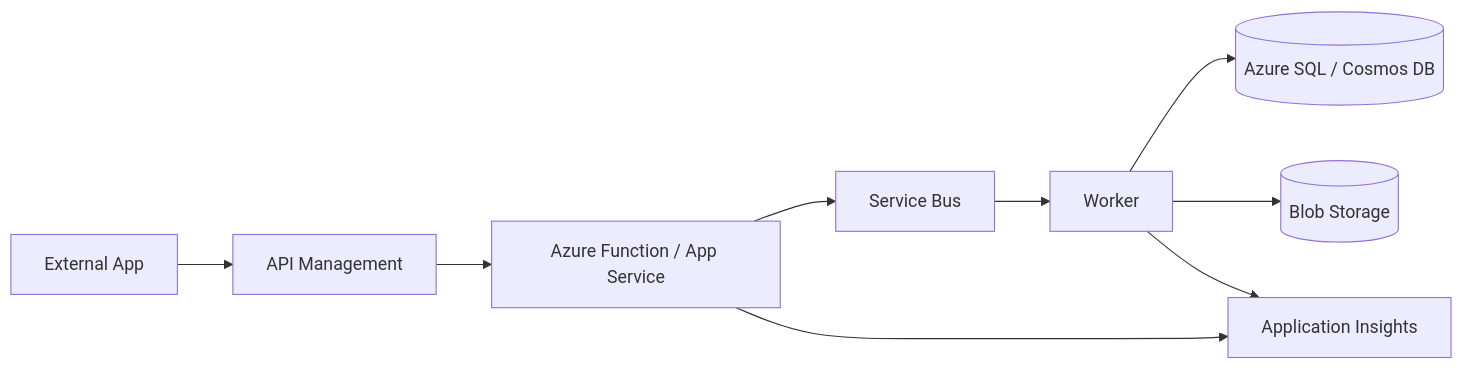
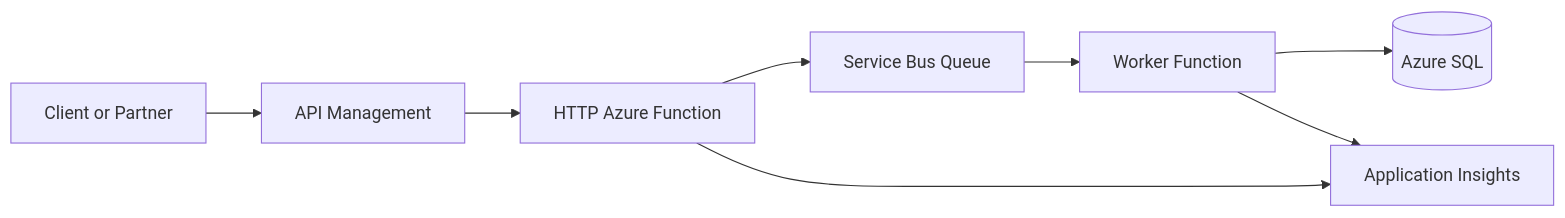
The first of 6 diagrams in diagrams/README.md (brunsdon/azure-services-cheat-sheet), drawn with Mermaid before and after one commit. The commit also changed other lines of this file and 17 other files, not shown here.

Commit message:
Polish Azure architecture field guide

````diff
--- a/diagrams/README.md
+++ b/diagrams/README.md
@@ -7,11 +10,10 @@
 ```mermaid
 flowchart LR
-    ext[External App] --> apim[API Management]
-    apim --> api[Azure Function / App Service]
-    api --> sb[Service Bus]
-    sb --> worker[Worker]
-    worker --> sql[(Azure SQL / Cosmos DB)]
-    worker --> blob[(Blob Storage)]
-    api --> insights[Application Insights]
+    client[Client or Partner] --> apim[API Management]
+    apim --> function[HTTP Azure Function]
+    function --> bus[Service Bus Queue]
+    bus --> worker[Worker Function]
+    worker --> sql[(Azure SQL)]
+    function --> insights[Application Insights]
     worker --> insights
 ```
````
